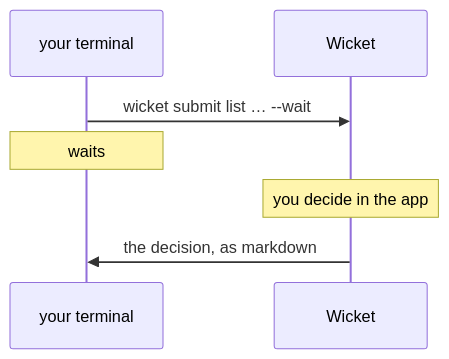
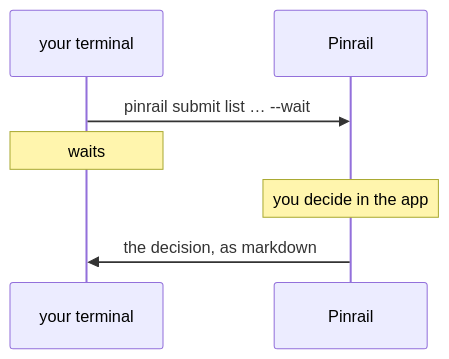
Before and after one commit to forgeplane/pinrail: the diagram in docs/getting-started/first-review.md, drawn with Mermaid. The commit also changed other lines of this file and 248 other files, not shown here.

Commit message:
Rename Wicket to Pinrail

````diff
--- a/docs/getting-started/first-review.md
+++ b/docs/getting-started/first-review.md
@@ -8,9 +8,9 @@
 ```mermaid title="What you're about to do"
 sequenceDiagram
   participant T as your terminal
-  participant W as Wicket
-  T->>W: wicket submit list … --wait
+  participant W as Pinrail
+  T->>W: pinrail submit list … --wait
   Note over T: waits
   Note over W: you decide in the app
   W->>T: the decision, as markdown
 ```
````
